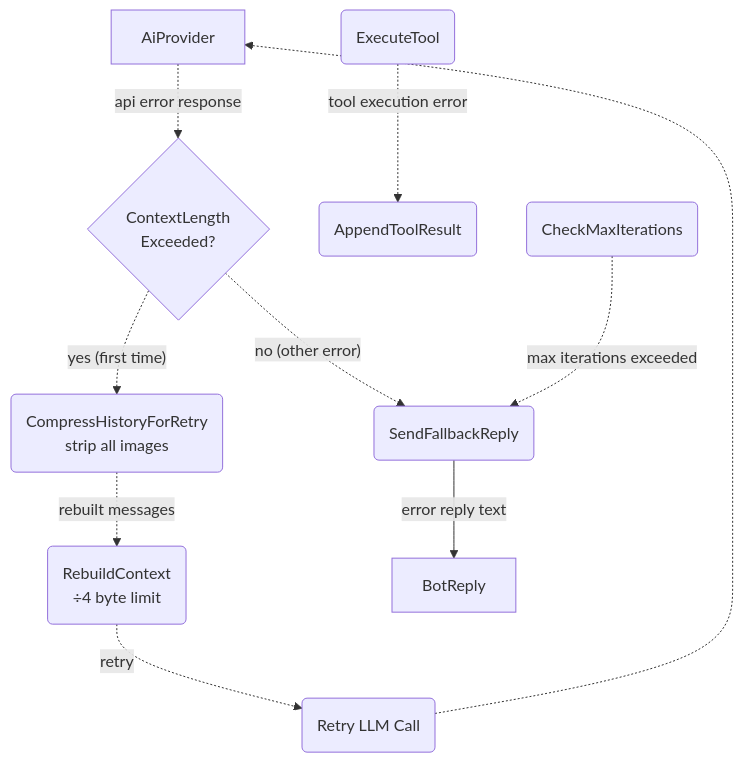
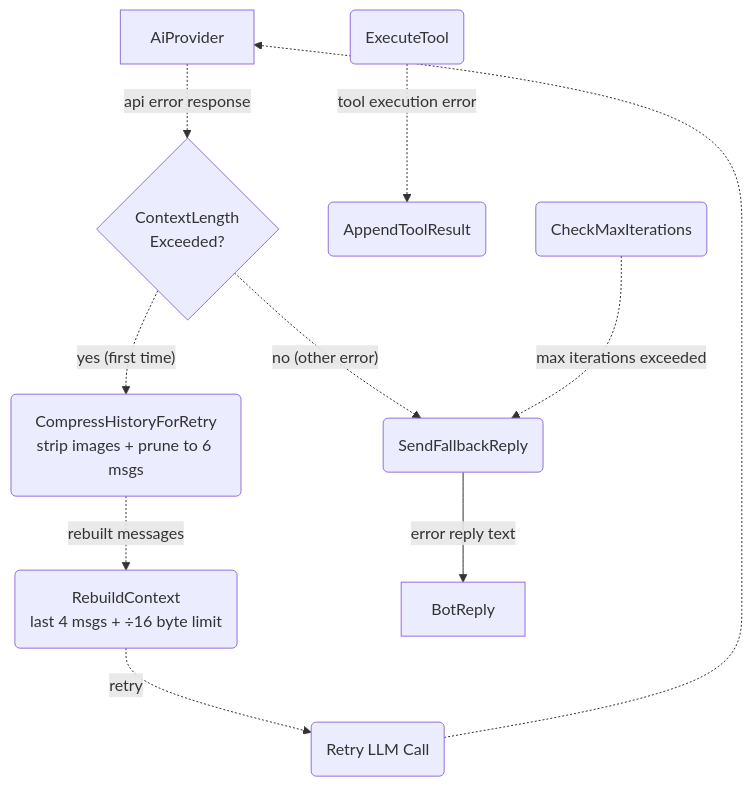
The second of 12 diagrams in _dfds/agent-harness.md (cosmoswafer/rockbot), drawn with Mermaid before and after one commit. The commit also changed other lines of this file and 1 other file, not shown here.

First line of the commit message:
fix: add history pruning to context-length compression retry

````diff
--- a/_dfds/agent-harness.md
+++ b/_dfds/agent-harness.md
@@ -74,23 +74,23 @@
 ```mermaid
 flowchart TD
     AI[AiProvider]
     TOOL_EXEC(ExecuteTool)
     LOOP_LIMIT(CheckMaxIterations)
     APPEND(AppendToolResult)
     FALLBACK(SendFallbackReply)
     COMPRESS{ContextLength<br/>Exceeded?}
-    STRIP(CompressHistoryForRetry<br/>strip all images)
-    REBUILD(RebuildContext<br/>÷4 byte limit)
+    STRIP(CompressHistoryForRetry<br/>strip images + prune to 6 msgs)
+    REBUILD(RebuildContext<br/>last 4 msgs + ÷16 byte limit)
     RETRY(Retry LLM Call)
     REPLY[BotReply]
 
     AI -.->|"api error response"| COMPRESS
     COMPRESS -.->|"yes (first time)"| STRIP
     COMPRESS -.->|"no (other error)"| FALLBACK
     STRIP -.->|"rebuilt messages"| REBUILD
     REBUILD -.->|"retry"| RETRY
     RETRY -.-> AI
     TOOL_EXEC -.->|"tool execution error"| APPEND
     LOOP_LIMIT -.->|"max iterations exceeded"| FALLBACK
     FALLBACK -->|"error reply text"| REPLY
 ```
````
